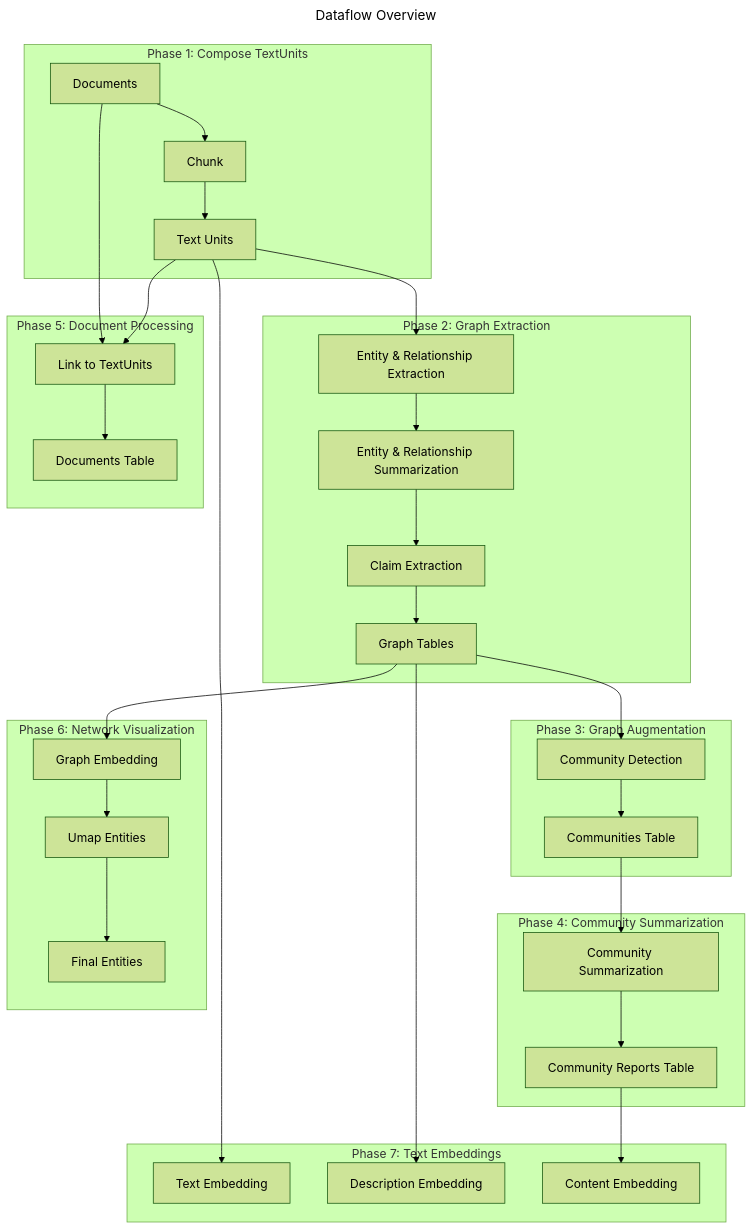
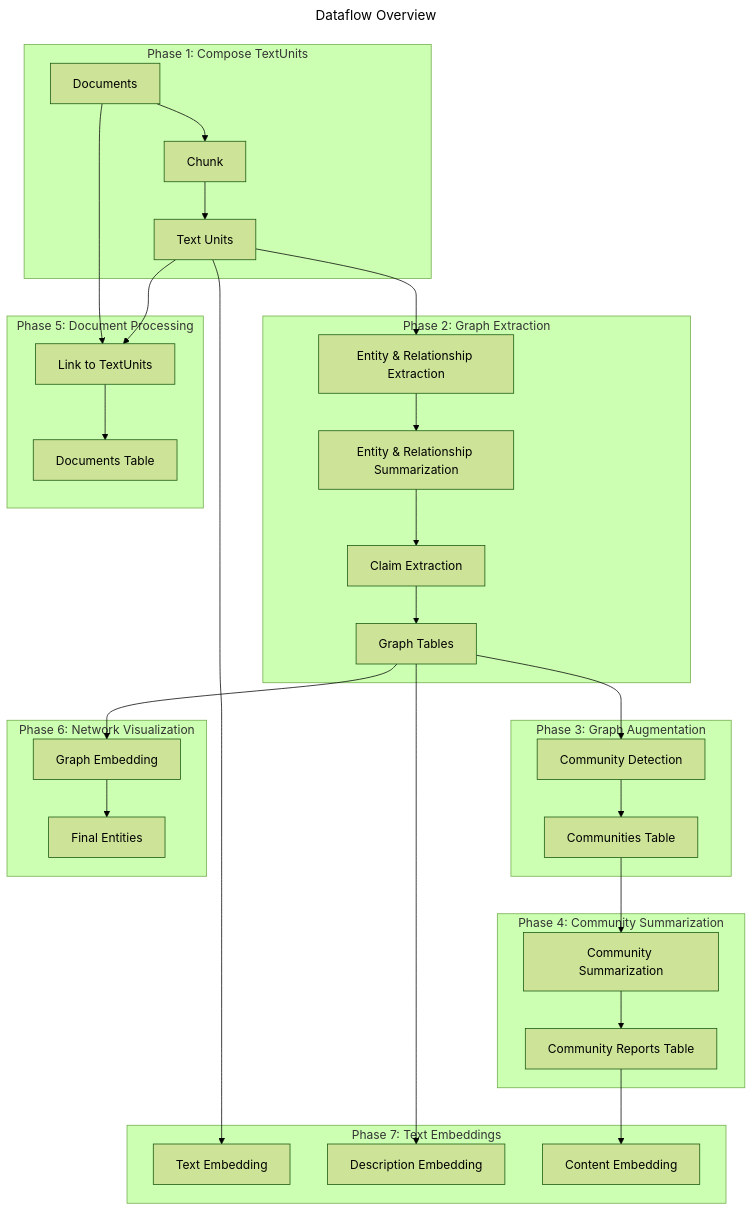
One commit to microsoft/graphrag changed the first of 7 diagrams in docs/index/default_dataflow.md. Above: the diagram before and after it, drawn with Mermaid (forest theme). The commit also changed other lines of this file and 32 other files, not shown here.

First line of the commit message:
Remove graph embedding and UMAP (#2048)

````diff
--- a/docs/index/default_dataflow.md
+++ b/docs/index/default_dataflow.md
@@ -19,39 +19,38 @@
 ```mermaid
 ---
 title: Dataflow Overview
 ---
 flowchart TB
     subgraph phase1[Phase 1: Compose TextUnits]
     documents[Documents] --> chunk[Chunk]
     chunk --> textUnits[Text Units]
     end
     subgraph phase2[Phase 2: Graph Extraction]
     textUnits --> graph_extract[Entity & Relationship Extraction]
     graph_extract --> graph_summarize[Entity & Relationship Summarization]
     graph_summarize --> claim_extraction[Claim Extraction]
     claim_extraction --> graph_outputs[Graph Tables]
     end
     subgraph phase3[Phase 3: Graph Augmentation]
     graph_outputs --> community_detect[Community Detection]
     community_detect --> community_outputs[Communities Table]
     end
     subgraph phase4[Phase 4: Community Summarization]
     community_outputs --> summarized_communities[Community Summarization]
     summarized_communities --> community_report_outputs[Community Reports Table]
     end
     subgraph phase5[Phase 5: Document Processing]
     documents --> link_to_text_units[Link to TextUnits]
     textUnits --> link_to_text_units
     link_to_text_units --> document_outputs[Documents Table]
     end
     subgraph phase6[Phase 6: Network Visualization]
     graph_outputs --> graph_embed[Graph Embedding]
-    graph_embed --> umap_entities[Umap Entities]
-    umap_entities --> combine_nodes[Final Entities]
+    graph_embed --> combine_nodes[Final Entities]
     end
     subgraph phase7[Phase 7: Text Embeddings]
     textUnits --> text_embed[Text Embedding]
     graph_outputs --> description_embed[Description Embedding]
     community_report_outputs --> content_embed[Content Embedding]
     end
 ```
````
